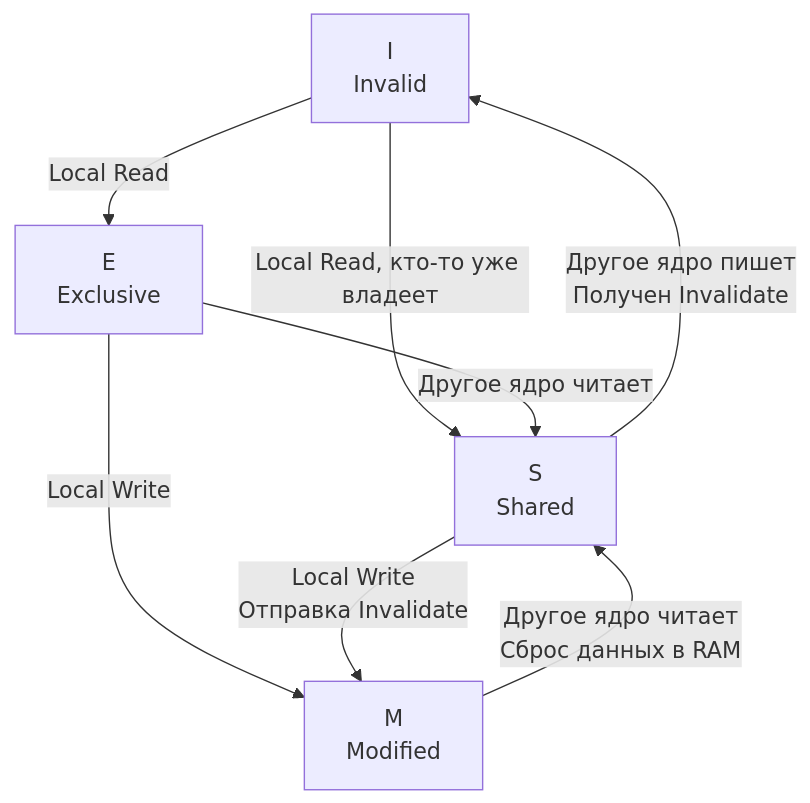
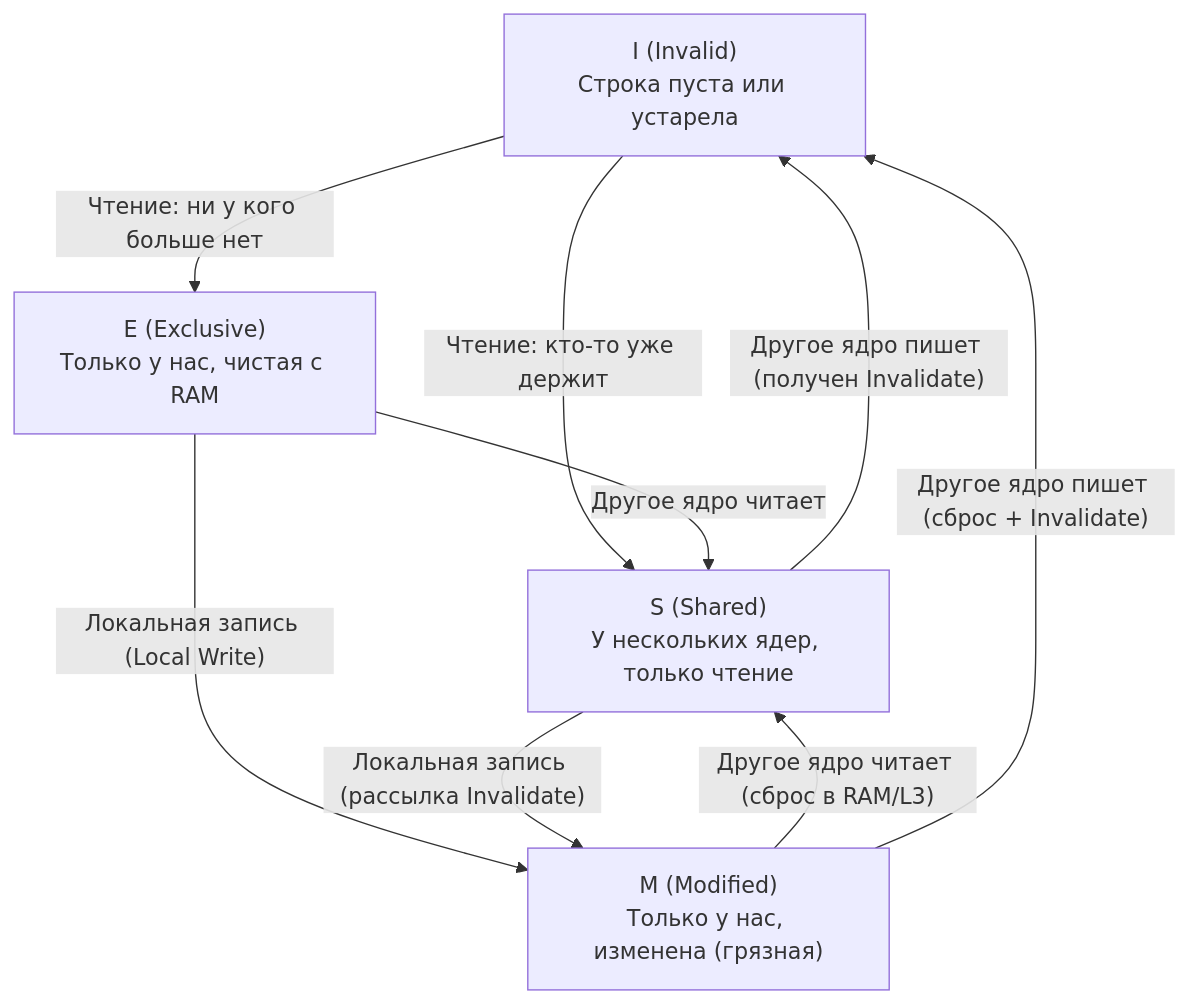
One commit to UnrealTemplier/go-textbook changed the second of 2 diagrams in sources/1. Архитектура компьютера/20. Многоядерные процессоры и Cache Coherence.md. Above: the diagram before and after it, drawn with Mermaid. The commit also changed other lines of this file, not shown here.

````diff
--- a/sources/1. Архитектура компьютера/20. Многоядерные процессоры и Cache Coherence.md
+++ b/sources/1. Архитектура компьютера/20. Многоядерные процессоры и Cache Coherence.md
@@ -38,13 +55,19 @@
 ```mermaid
 flowchart TD
-    I["I<br>Invalid"] -->|Local Read| E["E<br>Exclusive"]
-    I -->|Local Read, кто-то уже владеет| S["S<br>Shared"]
+    I["I (Invalid)<br>Строка пуста или устарела"]
+    E["E (Exclusive)<br>Только у нас, чистая с RAM"]
+    S["S (Shared)<br>У нескольких ядер, только чтение"]
+    M["M (Modified)<br>Только у нас, изменена (грязная)"]
+
+    I -->|"Чтение: ни у кого больше нет"| E
+    I -->|"Чтение: кто-то уже держит"| S
     
-    E -->|Другое ядро читает| S
-    E -->|Local Write| M["M<br>Modified"]
+    E -->|"Другое ядро читает"| S
+    E -->|"Локальная запись (Local Write)"| M
     
-    S -->|Local Write<br>Отправка Invalidate| M
-    S -->|Другое ядро пишет<br>Получен Invalidate| I
+    S -->|"Другое ядро пишет (получен Invalidate)"| I
+    S -->|"Локальная запись (рассылка Invalidate)"| M
     
-    M -->|Другое ядро читает<br>Сброс данных в RAM| S
+    M -->|"Другое ядро читает (сброс в RAM/L3)"| S
+    M -->|"Другое ядро пишет (сброс + Invalidate)"| I
 ```
````
